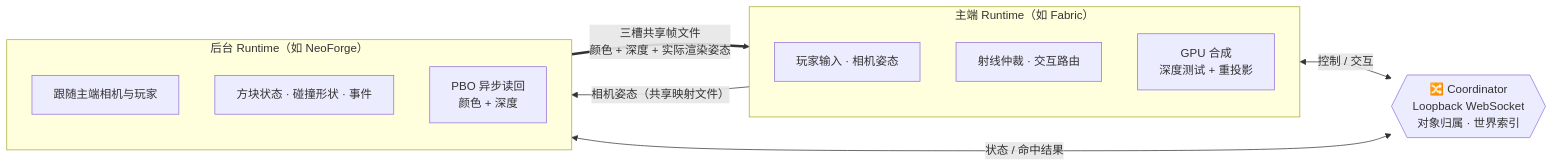
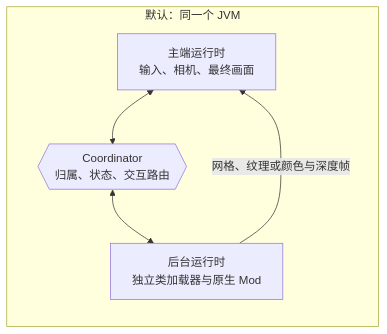
The first of 2 diagrams in README.md (xiaozhe19/mmlf), drawn with Mermaid before and after one commit. The commit also changed other lines of this file and 66 other files, not shown here.

````diff
--- a/README.md
+++ b/README.md
@@ -197,23 +156,10 @@
 ```mermaid
 flowchart LR
-    subgraph P["主端 Runtime（如 Fabric）"]
-        direction TB
-        PI["玩家输入 · 相机姿态"]
-        PR["射线仲裁 · 交互路由"]
-        PC["GPU 合成<br/>深度测试 + 重投影"]
+    subgraph JVM["默认：同一个 JVM"]
+        P["主端运行时<br/>输入、相机、最终画面"]
+        C{{"Coordinator<br/>归属、状态、交互路由"}}
+        B["后台运行时<br/>独立类加载器与原生 Mod"]
+        P <--> C <--> B
+        B -- "网格、纹理或颜色与深度帧" --> P
     end
-
-    C{{"🔀 Coordinator<br/>Loopback WebSocket<br/>对象归属 · 世界索引"}}
-
-    subgraph B["后台 Runtime（如 NeoForge）"]
-        direction TB
-        BF["跟随主端相机与玩家"]
-        BS["方块状态 · 碰撞形状 · 事件"]
-        BR["PBO 异步读回<br/>颜色 + 深度"]
-    end
-
-    PI -- "相机姿态（共享映射文件）" --> BF
-    PR <-- "控制 / 交互" --> C
-    C <-- "状态 / 命中结果" --> BS
-    BR == "三槽共享帧文件<br/>颜色 + 深度 + 实际渲染姿态" ==> PC
 ```
````
